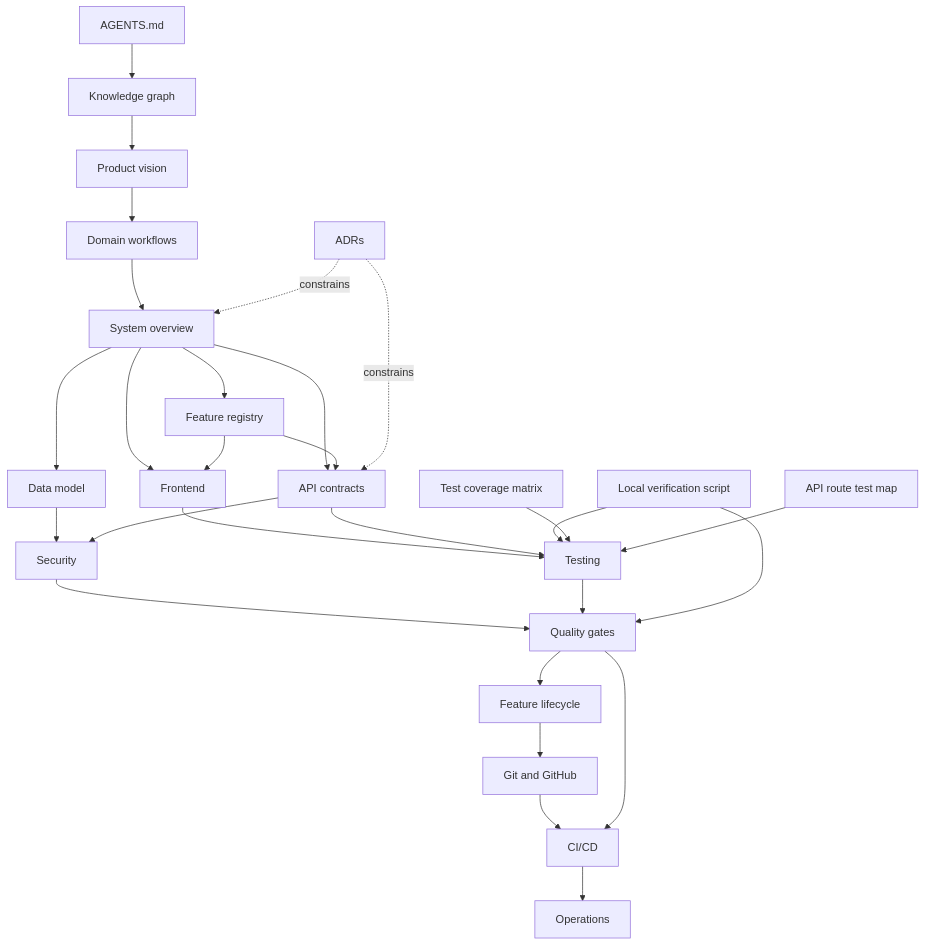
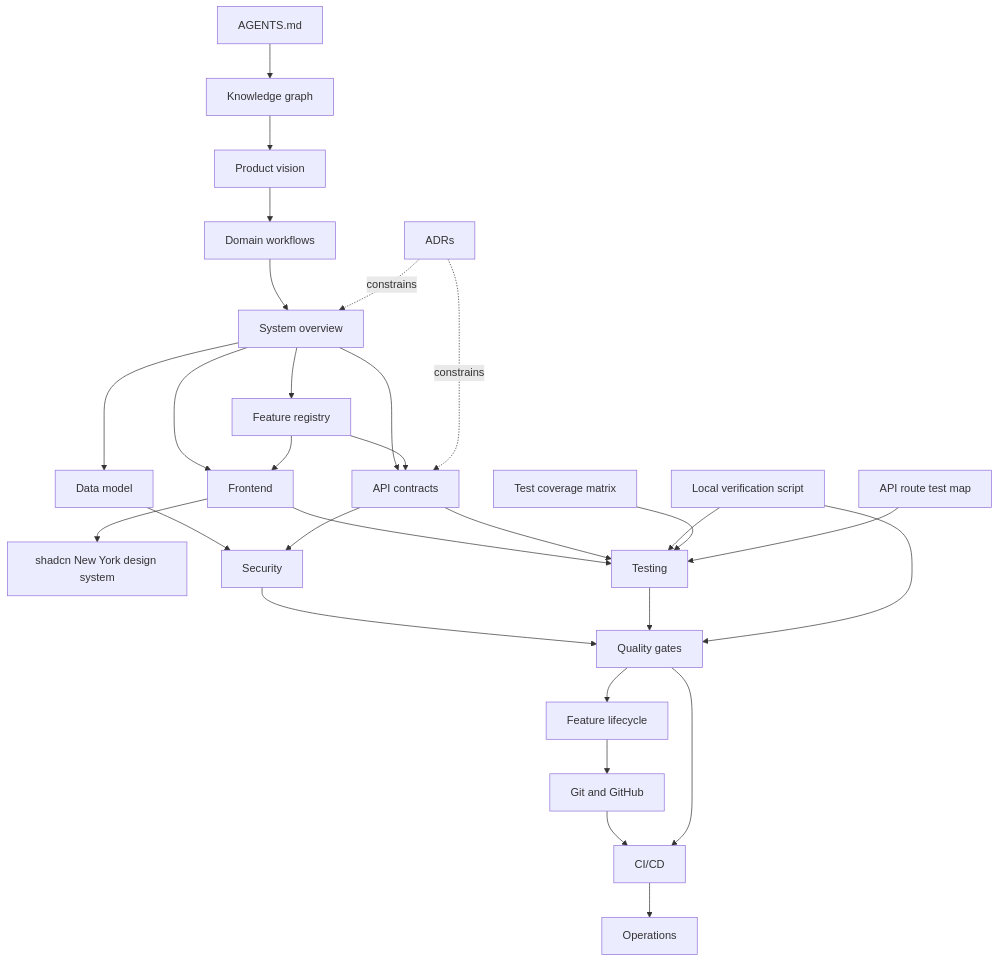
The diagram in docs/knowledge-graph.md (AminBrave/rad-art-marketplace), drawn with Mermaid before and after one commit. The commit also changed other lines of this file, not shown here.

Commit message:
docs(architecture): link New York design system in knowledge graph

```diff
--- a/docs/knowledge-graph.md
+++ b/docs/knowledge-graph.md
@@ -5,30 +5,31 @@
 ~~~mermaid
 flowchart TD
  A[AGENTS.md] --> K[Knowledge graph]
  K --> P[Product vision]
  P --> D[Domain workflows]
  D --> S[System overview]
  S --> M[Data model]
  S --> F[Frontend]
+ F --> DS[shadcn New York design system]
  S --> API[API contracts]
  S --> FR[Feature registry]
  FR --> F
  FR --> API
  M --> SEC[Security]
  API --> SEC
  F --> T[Testing]
  API --> T
  SEC --> Q[Quality gates]
  T --> Q
  Q --> L[Feature lifecycle]
  L --> G[Git and GitHub]
  G --> C[CI/CD]
  Q --> C
  C --> O[Operations]
  ADR[ADRs] -. constrains .-> S
  ADR -. constrains .-> API
  V[Local verification script] --> T
  V --> Q
  CM[Test coverage matrix] --> T
  RM[API route test map] --> T
 ~~~
```
